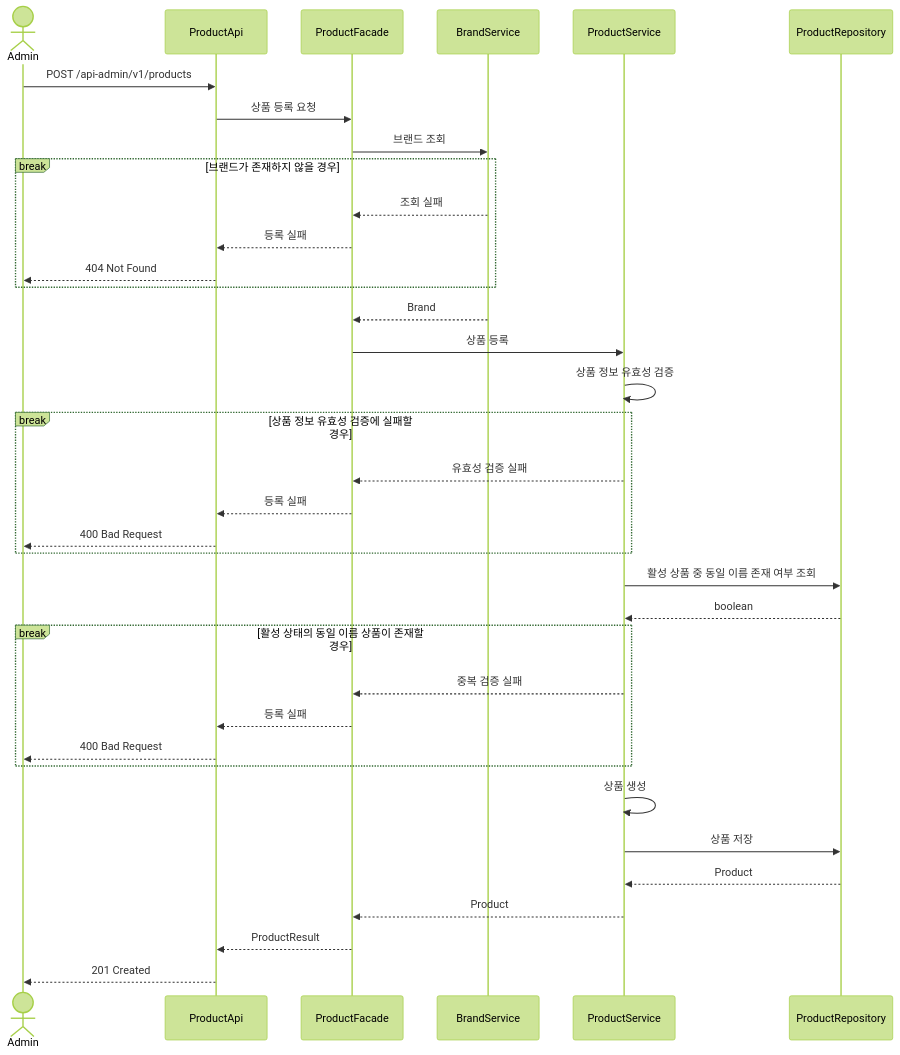
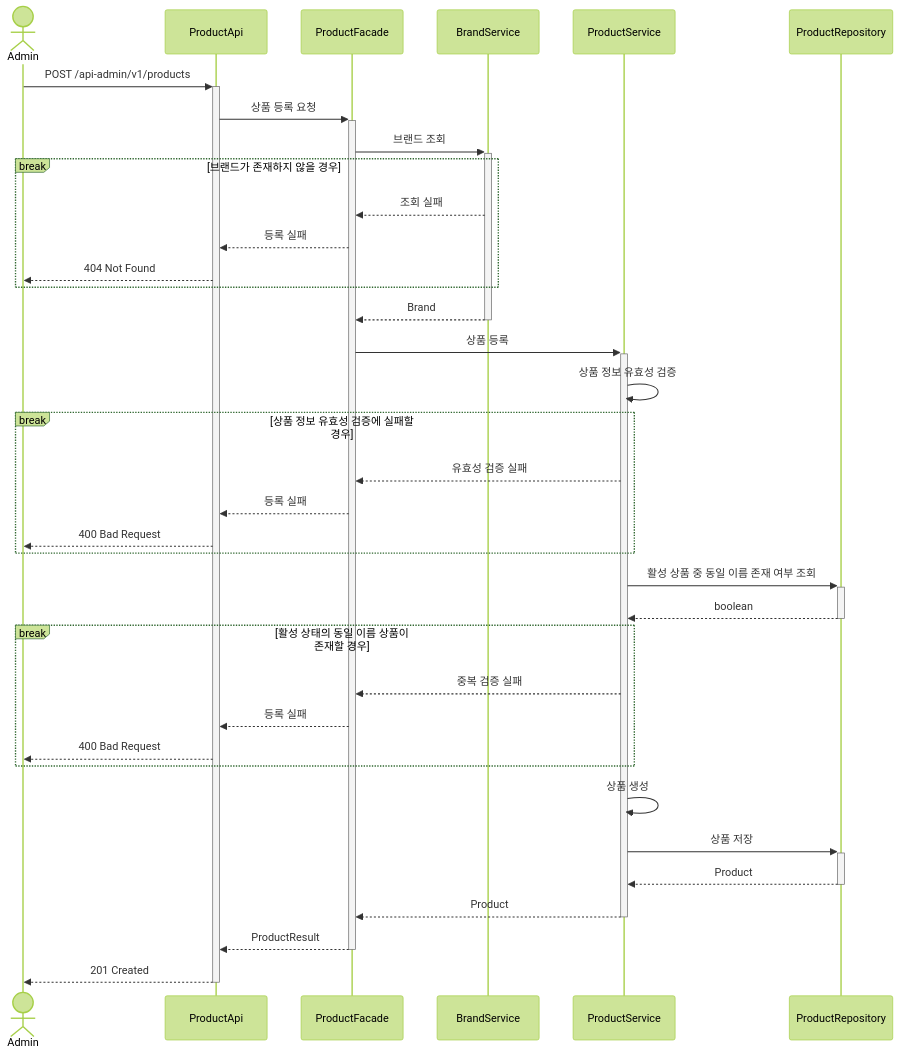
Before and after one commit to Loopers-dev-lab/loop-pack-be-l2-vol3-java: the ninth of 23 diagrams in .docs/design/02-sequence-diagrams.md, drawn with Mermaid (forest theme). The commit also changed other lines of this file, not shown here.

Commit message:
docs: 시퀀스 다이어그램에 액티베이션바 추가

````diff
--- a/.docs/design/02-sequence-diagrams.md
+++ b/.docs/design/02-sequence-diagrams.md
@@ -306,47 +310,47 @@
 ```mermaid
 sequenceDiagram
     actor Admin
     participant ProductApi
     participant ProductFacade
     participant BrandService
     participant ProductService
     participant ProductRepository
 
-    Admin ->> ProductApi: POST /api-admin/v1/products
-    ProductApi ->> ProductFacade: 상품 등록 요청
+    Admin ->>+ ProductApi: POST /api-admin/v1/products
+    ProductApi ->>+ ProductFacade: 상품 등록 요청
 
-    ProductFacade ->> BrandService: 브랜드 조회
+    ProductFacade ->>+ BrandService: 브랜드 조회
 
     break 브랜드가 존재하지 않을 경우
         BrandService -->> ProductFacade: 조회 실패
         ProductFacade -->> ProductApi: 등록 실패
         ProductApi -->> Admin: 404 Not Found
     end
 
-    BrandService -->> ProductFacade: Brand
+    BrandService -->>- ProductFacade: Brand
 
-    ProductFacade ->> ProductService: 상품 등록
+    ProductFacade ->>+ ProductService: 상품 등록
     ProductService ->> ProductService: 상품 정보 유효성 검증
 
     break 상품 정보 유효성 검증에 실패할 경우
         ProductService -->> ProductFacade: 유효성 검증 실패
         ProductFacade -->> ProductApi: 등록 실패
         ProductApi -->> Admin: 400 Bad Request
     end
 
-    ProductService ->> ProductRepository: 활성 상품 중 동일 이름 존재 여부 조회
-    ProductRepository -->> ProductService: boolean
+    ProductService ->>+ ProductRepository: 활성 상품 중 동일 이름 존재 여부 조회
+    ProductRepository -->>- ProductService: boolean
 
     break 활성 상태의 동일 이름 상품이 존재할 경우
         ProductService -->> ProductFacade: 중복 검증 실패
         ProductFacade -->> ProductApi: 등록 실패
         ProductApi -->> Admin: 400 Bad Request
     end
 
     ProductService ->> ProductService: 상품 생성
-    ProductService ->> ProductRepository: 상품 저장
-    ProductRepository -->> ProductService: Product
-    ProductService -->> ProductFacade: Product
-    ProductFacade -->> ProductApi: ProductResult
-    ProductApi -->> Admin: 201 Created
+    ProductService ->>+ ProductRepository: 상품 저장
+    ProductRepository -->>- ProductService: Product
+    ProductService -->>- ProductFacade: Product
+    ProductFacade -->>- ProductApi: ProductResult
+    ProductApi -->>- Admin: 201 Created
 ```
````
